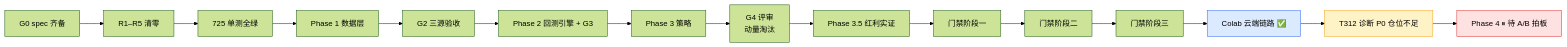
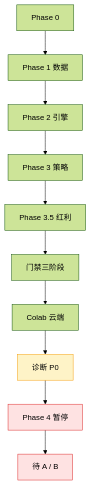
One commit to YZml1507/FinAI2.0 changed the diagram in docs/project_status_flowchart.md. Above: the diagram before and after it, drawn with Mermaid (forest theme). The commit also changed other lines of this file and 1 other file, not shown here.

````diff
--- a/docs/project_status_flowchart.md
+++ b/docs/project_status_flowchart.md
@@ -29,14 +23,15 @@
 ```mermaid
-flowchart LR
-  G0["G0 spec 齐备"] --> R15["R1–R5 清零"] --> UT["725 单测全绿"]
-  UT --> P1["Phase 1 数据层"] --> G2["G2 三源验收"]
-  G2 --> P2["Phase 2 回测引擎 + G3"] --> P3["Phase 3 策略"]
-  P3 --> G4["G4 评审<br/>动量淘汰"] --> P35["Phase 3.5 红利实证"]
-  P35 --> A1["门禁阶段一"] --> A2["门禁阶段二"] --> A3["门禁阶段三"]
-  A3 --> CLOUD["Colab 云端链路 ✅"]
-  CLOUD --> DIAG["T312 诊断 P0 仓位不足"]
-  DIAG --> HOLD["Phase 4 ⏸ 待 A/B 拍板"]
-  style CLOUD fill:#dbeafe,stroke:#2563eb
-  style DIAG fill:#fef3c7,stroke:#f59e0b
-  style HOLD fill:#fee2e2,stroke:#dc2626
+flowchart TB
+  A["Phase 0"] --> B["Phase 1 数据"]
+  B --> C["Phase 2 引擎"]
+  C --> D["Phase 3 策略"]
+  D --> E["Phase 3.5 红利"]
+  E --> F["门禁三阶段"]
+  F --> G["Colab 云端"]
+  G --> H["诊断 P0"]
+  H --> I["Phase 4 暂停"]
+  I --> J["待 A / B"]
+  style H fill:#fef3c7,stroke:#f59e0b
+  style I fill:#fee2e2,stroke:#dc2626
+  style J fill:#fee2e2,stroke:#dc2626
 ```
````
